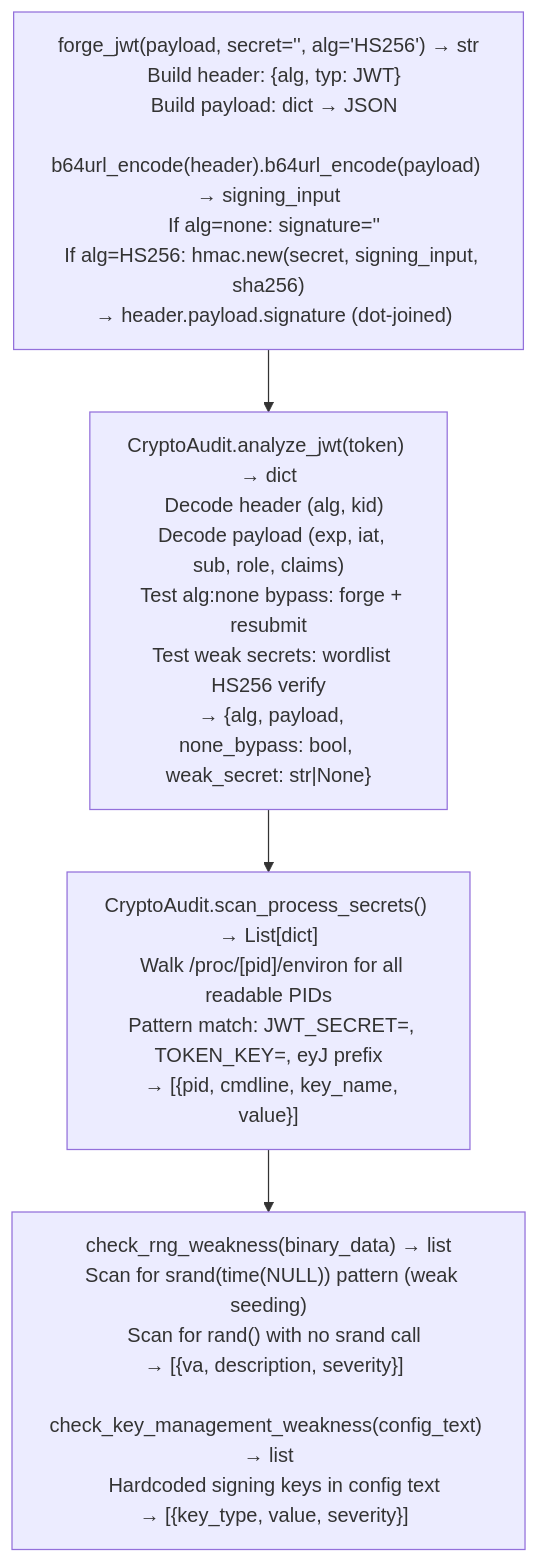
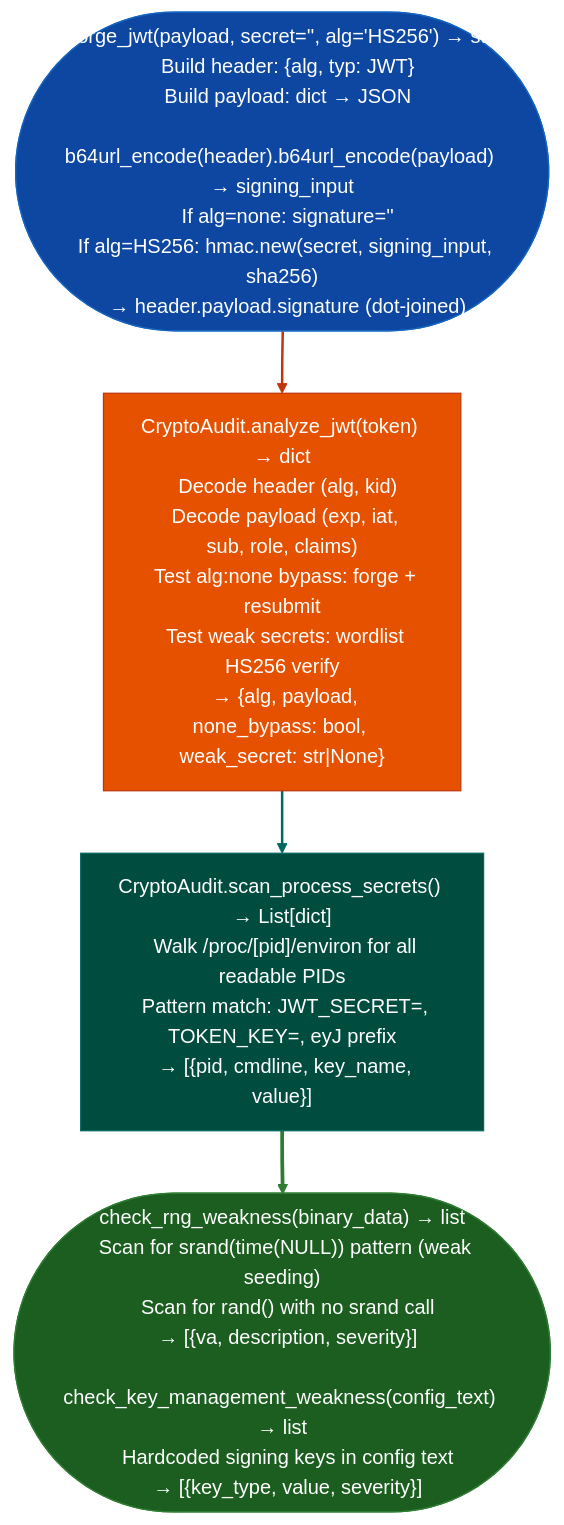
One commit to Ablation-Tool/ablation changed the diagram in docs/reference-modules/jwt-analysis-and-weak-secret-testing.md. Above: the diagram before and after it, drawn with Mermaid. The commit also changed 320 other files, not shown here.

First line of the commit message:
docs: apply canonical Mermaid template to all 321 diagrams

````diff
--- a/docs/reference-modules/jwt-analysis-and-weak-secret-testing.md
+++ b/docs/reference-modules/jwt-analysis-and-weak-secret-testing.md
@@ -19,6 +19,15 @@
 ```mermaid
 flowchart TD
-    A["forge_jwt(payload, secret='', alg='HS256') → str\n  Build header: {alg, typ: JWT}\n  Build payload: dict → JSON\n  b64url_encode(header).b64url_encode(payload) → signing_input\n  If alg=none: signature=''\n  If alg=HS256: hmac.new(secret, signing_input, sha256)\n  → header.payload.signature (dot-joined)"] --> B["CryptoAudit.analyze_jwt(token) → dict\n  Decode header (alg, kid)\n  Decode payload (exp, iat, sub, role, claims)\n  Test alg:none bypass: forge + resubmit\n  Test weak secrets: wordlist HS256 verify\n  → {alg, payload, none_bypass: bool, weak_secret: str|None}"]
-    B --> C["CryptoAudit.scan_process_secrets() → List[dict]\n  Walk /proc/[pid]/environ for all readable PIDs\n  Pattern match: JWT_SECRET=, TOKEN_KEY=, eyJ prefix\n  → [{pid, cmdline, key_name, value}]"]
-    C --> D["check_rng_weakness(binary_data) → list\n  Scan for srand(time(NULL)) pattern (weak seeding)\n  Scan for rand() with no srand call\n  → [{va, description, severity}]\n\ncheck_key_management_weakness(config_text) → list\n  Hardcoded signing keys in config text\n  → [{key_type, value, severity}]"]
+    A(["forge_jwt(payload, secret='', alg='HS256') → str\n  Build header: {alg, typ: JWT}\n  Build payload: dict → JSON\n  b64url_encode(header).b64url_encode(payload) → signing_input\n  If alg=none: signature=''\n  If alg=HS256: hmac.new(secret, signing_input, sha256)\n  → header.payload.signature (dot-joined)"]):::input --> B["CryptoAudit.analyze_jwt(token) → dict\n  Decode header (alg, kid)\n  Decode payload (exp, iat, sub, role, claims)\n  Test alg:none bypass: forge + resubmit\n  Test weak secrets: wordlist HS256 verify\n  → {alg, payload, none_bypass: bool, weak_secret: str|None}"]:::primary
+    B:::primary --> C["CryptoAudit.scan_process_secrets() → List[dict]\n  Walk /proc/[pid]/environ for all readable PIDs\n  Pattern match: JWT_SECRET=, TOKEN_KEY=, eyJ prefix\n  → [{pid, cmdline, key_name, value}]"]:::secondary
+    C:::secondary --> D(["check_rng_weakness(binary_data) → list\n  Scan for srand(time(NULL)) pattern (weak seeding)\n  Scan for rand() with no srand call\n  → [{va, description, severity}]\n\ncheck_key_management_weakness(config_text) → list\n  Hardcoded signing keys in config text\n  → [{key_type, value, severity}]"]):::output
+    classDef input     fill:#0d47a1,stroke:#1565c0,color:#fff
+    classDef primary   fill:#e65100,stroke:#bf360c,color:#fff
+    classDef secondary fill:#004d40,stroke:#00695c,color:#fff
+    classDef tertiary  fill:#4a148c,stroke:#6a1b9a,color:#fff
+    classDef neutral   fill:#37474f,stroke:#546e7a,color:#fff
+    classDef output    fill:#1b5e20,stroke:#2e7d32,color:#fff
+    linkStyle 0 stroke:#bf360c,stroke-width:2px
+    linkStyle 1 stroke:#00695c,stroke-width:2px
+    linkStyle 2 stroke:#2e7d32,stroke-width:3px
 ```
````
